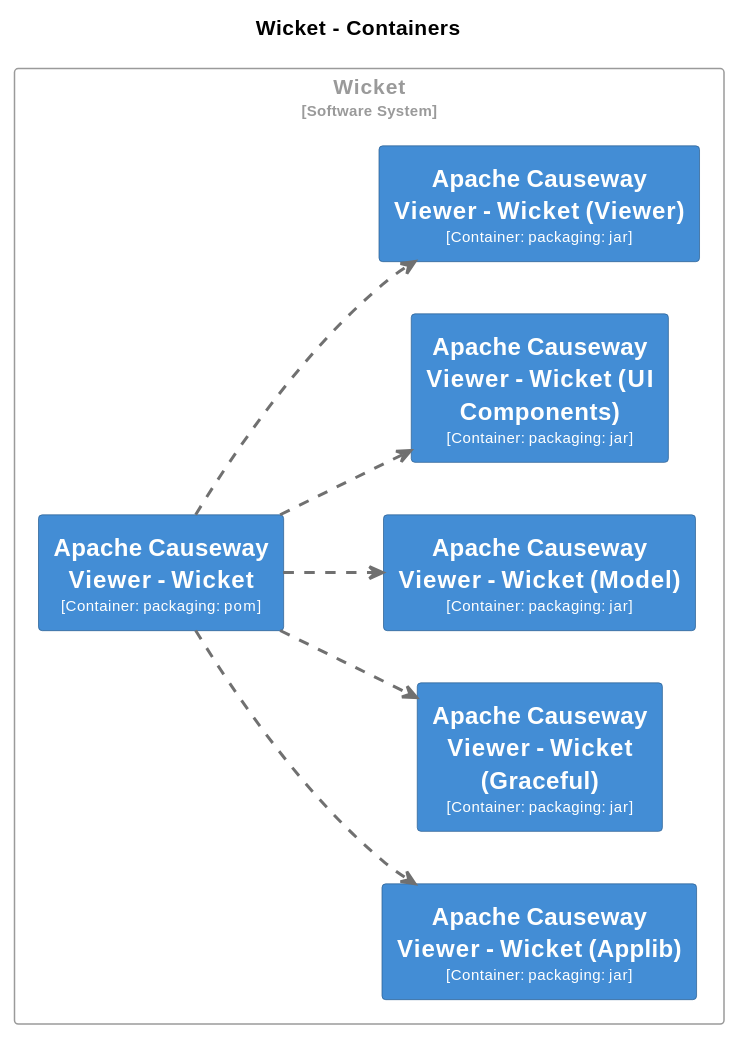
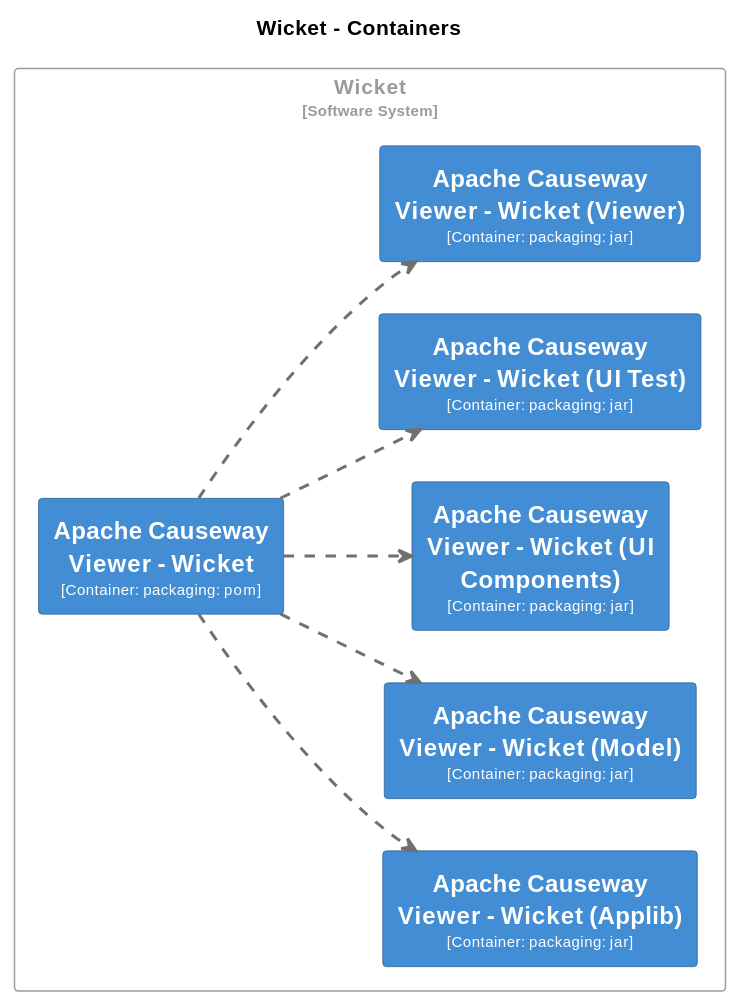
Diagram 17 of 28 in core/adoc/modules/_overview/pages/about.adoc (apache/causeway), drawn with PlantUML before and after one commit. The commit also changed other lines of this file and 24 other files, not shown here.

```diff
--- a/core/adoc/modules/_overview/pages/about.adoc
+++ b/core/adoc/modules/_overview/pages/about.adoc
@@ -3300,75 +3376,75 @@
 [plantuml,Wicket,svg]
 ----
 @startuml
 set separator none
 title Wicket - Containers
 
 left to right direction
 
 skinparam {
   arrowFontSize 10
   defaultTextAlignment center
   wrapWidth 200
   maxMessageSize 100
 }
 
 hide stereotype
 
 skinparam rectangle<<Wicket.ApacheCausewayViewerWicket>> {
   BackgroundColor #438dd5
   FontColor #fffffe
   BorderColor #2e6295
   shadowing false
 }
 skinparam rectangle<<Wicket.ApacheCausewayViewerWicketApplib>> {
   BackgroundColor #438dd5
   FontColor #fffffe
   BorderColor #2e6295
   shadowing false
 }
-skinparam rectangle<<Wicket.ApacheCausewayViewerWicketGraceful>> {
-  BackgroundColor #438dd5
-  FontColor #fffffe
-  BorderColor #2e6295
-  shadowing false
-}
 skinparam rectangle<<Wicket.ApacheCausewayViewerWicketModel>> {
   BackgroundColor #438dd5
   FontColor #fffffe
   BorderColor #2e6295
   shadowing false
 }
 skinparam rectangle<<Wicket.ApacheCausewayViewerWicketUIComponents>> {
+  BackgroundColor #438dd5
+  FontColor #fffffe
+  BorderColor #2e6295
+  shadowing false
+}
+skinparam rectangle<<Wicket.ApacheCausewayViewerWicketUITest>> {
   BackgroundColor #438dd5
   FontColor #fffffe
   BorderColor #2e6295
   shadowing false
 }
 skinparam rectangle<<Wicket.ApacheCausewayViewerWicketViewer>> {
   BackgroundColor #438dd5
   FontColor #fffffe
   BorderColor #2e6295
   shadowing false
 }
 skinparam rectangle<<Wicket>> {
   BorderColor #9a9a9a
   FontColor #9a9a9a
   shadowing false
 }
 
 rectangle "Wicket\n<size:10>[Software System]</size>" <<Wicket>> {
   rectangle "==Apache Causeway Viewer - Wicket\n<size:10>[Container: packaging: pom]</size>" <<Wicket.ApacheCausewayViewerWicket>> as Wicket.ApacheCausewayViewerWicket
   rectangle "==Apache Causeway Viewer - Wicket (Applib)\n<size:10>[Container: packaging: jar]</size>" <<Wicket.ApacheCausewayViewerWicketApplib>> as Wicket.ApacheCausewayViewerWicketApplib
-  rectangle "==Apache Causeway Viewer - Wicket (Graceful)\n<size:10>[Container: packaging: jar]</size>" <<Wicket.ApacheCausewayViewerWicketGraceful>> as Wicket.ApacheCausewayViewerWicketGraceful
   rectangle "==Apache Causeway Viewer - Wicket (Model)\n<size:10>[Container: packaging: jar]</size>" <<Wicket.ApacheCausewayViewerWicketModel>> as Wicket.ApacheCausewayViewerWicketModel
   rectangle "==Apache Causeway Viewer - Wicket (UI Components)\n<size:10>[Container: packaging: jar]</size>" <<Wicket.ApacheCausewayViewerWicketUIComponents>> as Wicket.ApacheCausewayViewerWicketUIComponents
+  rectangle "==Apache Causeway Viewer - Wicket (UI Test)\n<size:10>[Container: packaging: jar]</size>" <<Wicket.ApacheCausewayViewerWicketUITest>> as Wicket.ApacheCausewayViewerWicketUITest
   rectangle "==Apache Causeway Viewer - Wicket (Viewer)\n<size:10>[Container: packaging: jar]</size>" <<Wicket.ApacheCausewayViewerWicketViewer>> as Wicket.ApacheCausewayViewerWicketViewer
 }
 
-Wicket.ApacheCausewayViewerWicket .[#707070,thickness=2].> Wicket.ApacheCausewayViewerWicketModel : "<color:#707070>"
 Wicket.ApacheCausewayViewerWicket .[#707070,thickness=2].> Wicket.ApacheCausewayViewerWicketUIComponents : "<color:#707070>"
+Wicket.ApacheCausewayViewerWicket .[#707070,thickness=2].> Wicket.ApacheCausewayViewerWicketUITest : "<color:#707070>"
 Wicket.ApacheCausewayViewerWicket .[#707070,thickness=2].> Wicket.ApacheCausewayViewerWicketViewer : "<color:#707070>"
 Wicket.ApacheCausewayViewerWicket .[#707070,thickness=2].> Wicket.ApacheCausewayViewerWicketApplib : "<color:#707070>"
-Wicket.ApacheCausewayViewerWicket .[#707070,thickness=2].> Wicket.ApacheCausewayViewerWicketGraceful : "<color:#707070>"
+Wicket.ApacheCausewayViewerWicket .[#707070,thickness=2].> Wicket.ApacheCausewayViewerWicketModel : "<color:#707070>"
 @enduml
 ----
```
